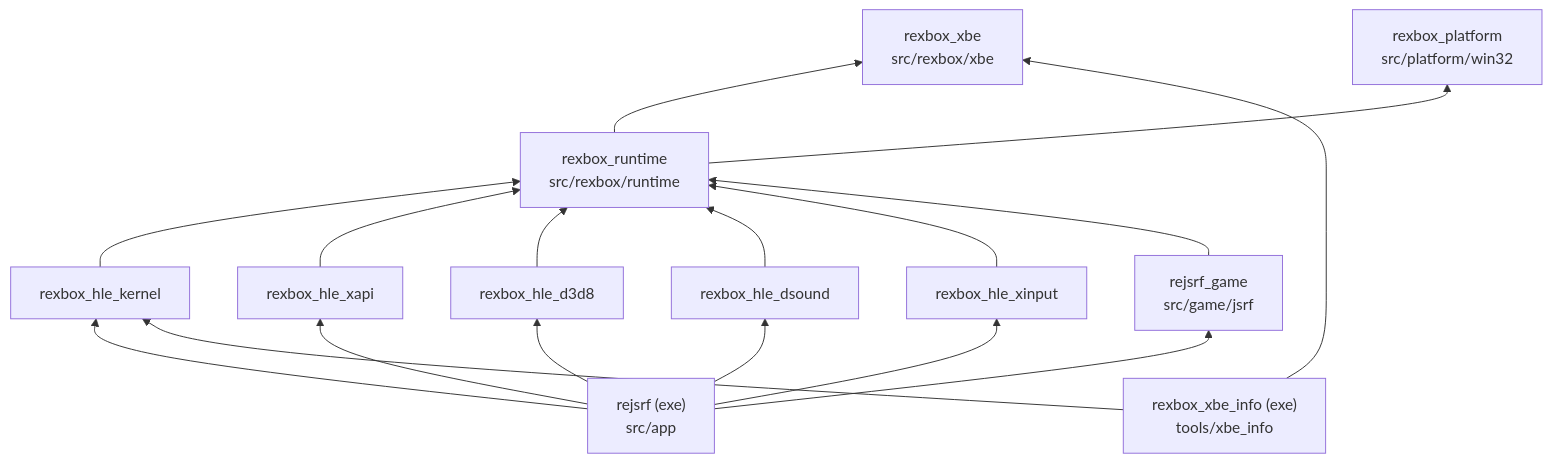
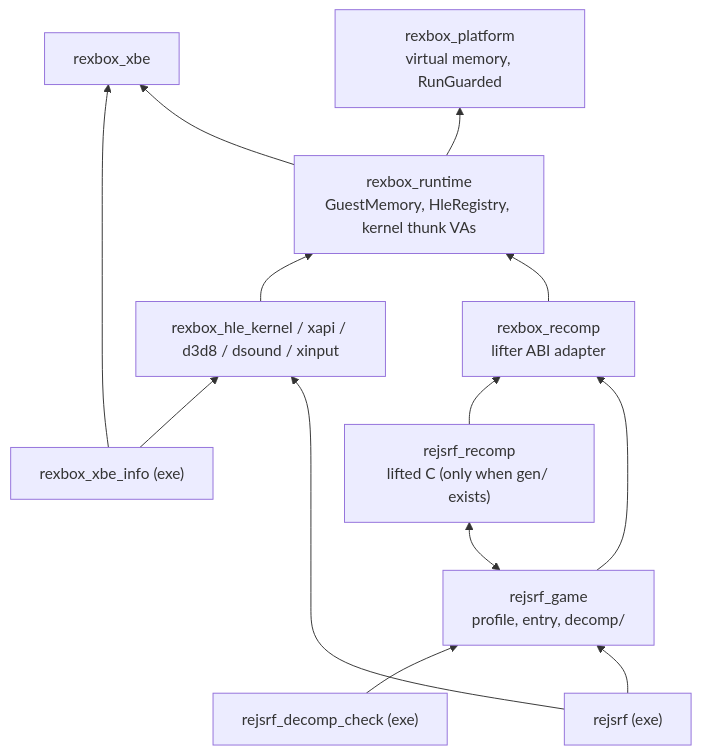
The first of 3 diagrams in ARCHITECTURE.md (nworkers/reJSRF), drawn with Mermaid before and after one commit. The commit also changed other lines of this file and 33 other files, not shown here.

````diff
--- a/ARCHITECTURE.md
+++ b/ARCHITECTURE.md
@@ -7,31 +7,26 @@
 ```mermaid
 flowchart BT
-    PLAT["rexbox_platform<br/>src/platform/win32"]
-    XBE["rexbox_xbe<br/>src/rexbox/xbe"]
-    RT["rexbox_runtime<br/>src/rexbox/runtime"]
-    HK["rexbox_hle_kernel"]
-    HX["rexbox_hle_xapi"]
-    HD["rexbox_hle_d3d8"]
-    HS["rexbox_hle_dsound"]
-    HI["rexbox_hle_xinput"]
-    GAME["rejsrf_game<br/>src/game/jsrf"]
-    APP["rejsrf (exe)<br/>src/app"]
-    TOOL["rexbox_xbe_info (exe)<br/>tools/xbe_info"]
+    PLAT["rexbox_platform<br/>virtual memory, RunGuarded"]
+    XBE["rexbox_xbe"]
+    RT["rexbox_runtime<br/>GuestMemory, HleRegistry, kernel thunk VAs"]
+    REC["rexbox_recomp<br/>lifter ABI adapter"]
+    HLE["rexbox_hle_kernel / xapi / d3d8 / dsound / xinput"]
+    GAME["rejsrf_game<br/>profile, entry, decomp/"]
+    GEN["rejsrf_recomp<br/>lifted C (only when gen/ exists)"]
+    APP["rejsrf (exe)"]
+    INFO["rexbox_xbe_info (exe)"]
+    CHECK["rejsrf_decomp_check (exe)"]
 
     RT --> XBE
     RT --> PLAT
-    HK --> RT
-    HX --> RT
-    HD --> RT
-    HS --> RT
-    HI --> RT
-    GAME --> RT
+    REC --> RT
+    HLE --> RT
+    GAME --> REC
+    GAME <--> GEN
+    GEN --> REC
     APP --> GAME
-    APP --> HK
-    APP --> HX
-    APP --> HD
-    APP --> HS
-    APP --> HI
-    TOOL --> XBE
-    TOOL --> HK
+    APP --> HLE
+    INFO --> XBE
+    INFO --> HLE
+    CHECK --> GAME
 ```
````
